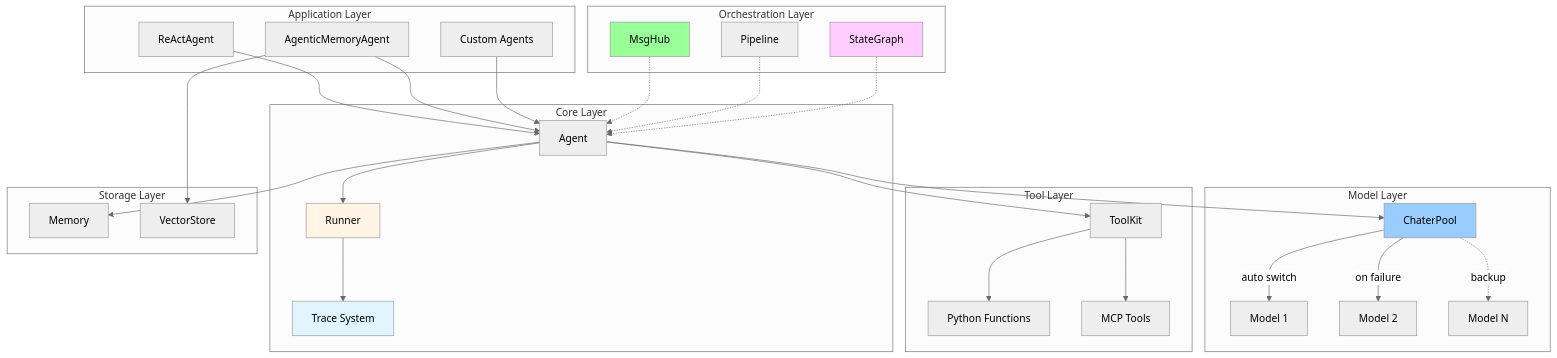
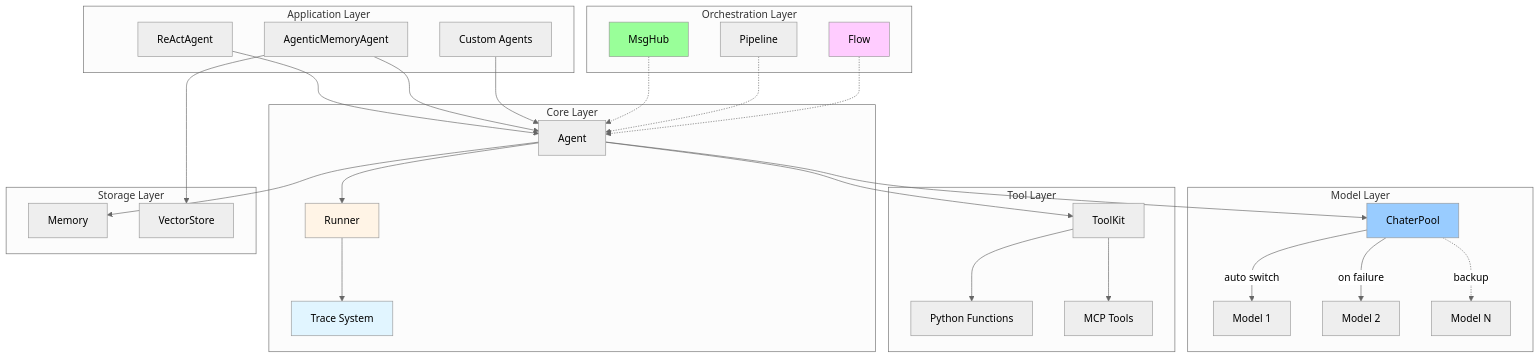
One commit to aixiasang/qagent changed the diagram in README.md. Above: the diagram before and after it, drawn with Mermaid (neutral theme). The commit also changed other lines of this file and 8 other files, not shown here.

````diff
--- a/README.md
+++ b/README.md
@@ -95,68 +84,68 @@
 ```mermaid
 graph TB
     subgraph Application["Application Layer"]
         ReActAgent[ReActAgent]
         AgenticMem[AgenticMemoryAgent]
         CustomAgent[Custom Agents]
     end
 
     subgraph Core["Core Layer"]
         Agent[Agent]
         Runner[Runner]
         Trace[Trace System]
     end
 
     subgraph Model["Model Layer"]
         ChaterPool[ChaterPool]
         Chater1[Model 1]
         Chater2[Model 2]
         ChaterN[Model N]
 
         ChaterPool -->|auto switch| Chater1
         ChaterPool -->|on failure| Chater2
         ChaterPool -.->|backup| ChaterN
     end
 
     subgraph Tools["Tool Layer"]
         ToolKit[ToolKit]
         PythonFunc[Python Functions]
         MCPTools[MCP Tools]
 
         ToolKit --> PythonFunc
         ToolKit --> MCPTools
     end
 
     subgraph Storage["Storage Layer"]
         Memory[Memory]
         VectorStore[VectorStore]
     end
 
     subgraph Orchestration["Orchestration Layer"]
         MsgHub[MsgHub]
         Pipeline[Pipeline]
-        Workflow[StateGraph]
+        FlowSystem[Flow]
     end
 
     ReActAgent --> Agent
     AgenticMem --> Agent
     CustomAgent --> Agent
 
     Agent --> Runner
     Agent --> ChaterPool
     Agent --> ToolKit
     Agent --> Memory
 
     Runner --> Trace
 
     AgenticMem --> VectorStore
 
     MsgHub -.-> Agent
     Pipeline -.-> Agent
-    Workflow -.-> Agent
+    FlowSystem -.-> Agent
 
     style Trace fill:#e1f5ff
     style Runner fill:#fff4e6
     style ChaterPool fill:#99ccff
     style MsgHub fill:#99ff99
-    style Workflow fill:#ffccff
+    style FlowSystem fill:#ffccff
 ```
````
